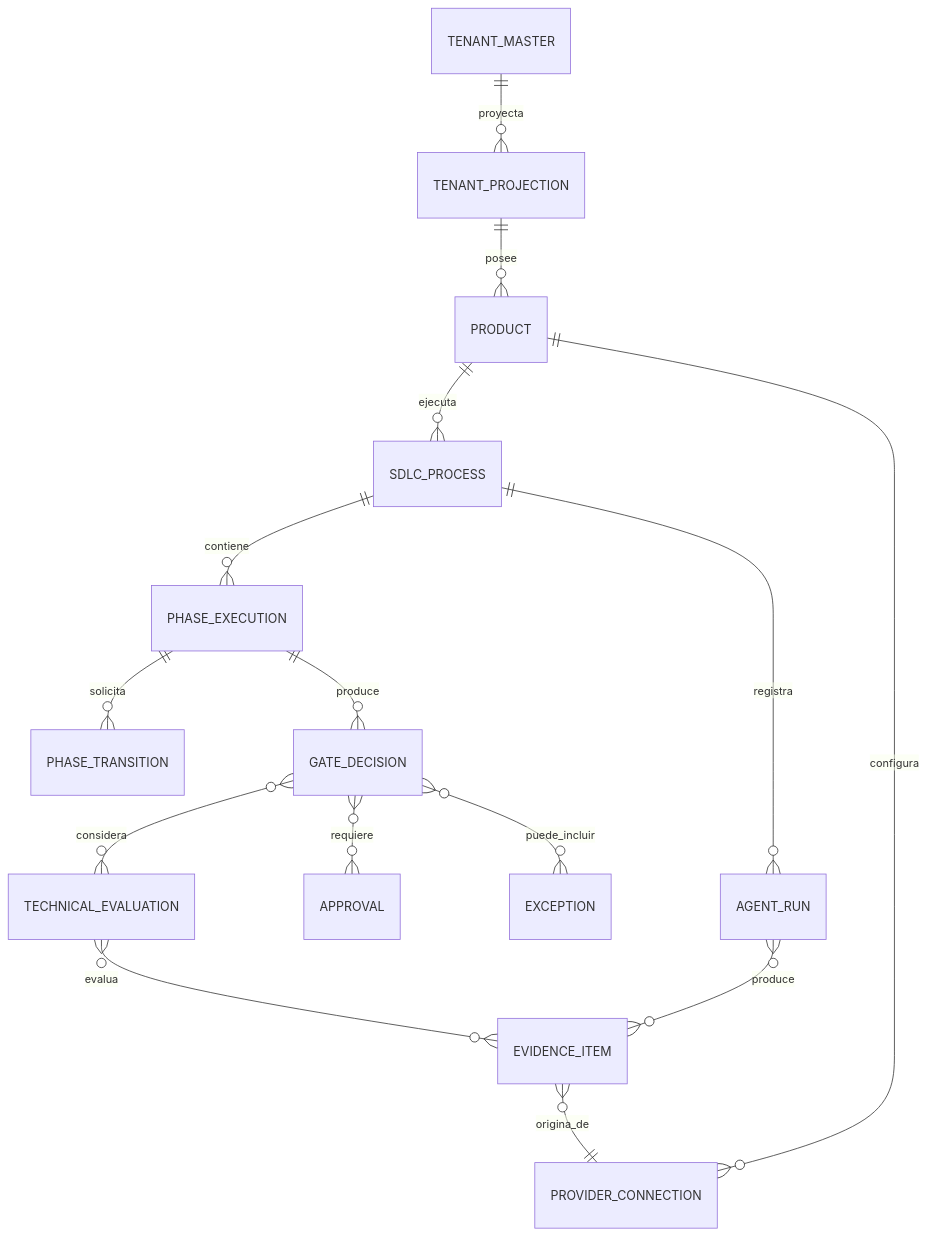
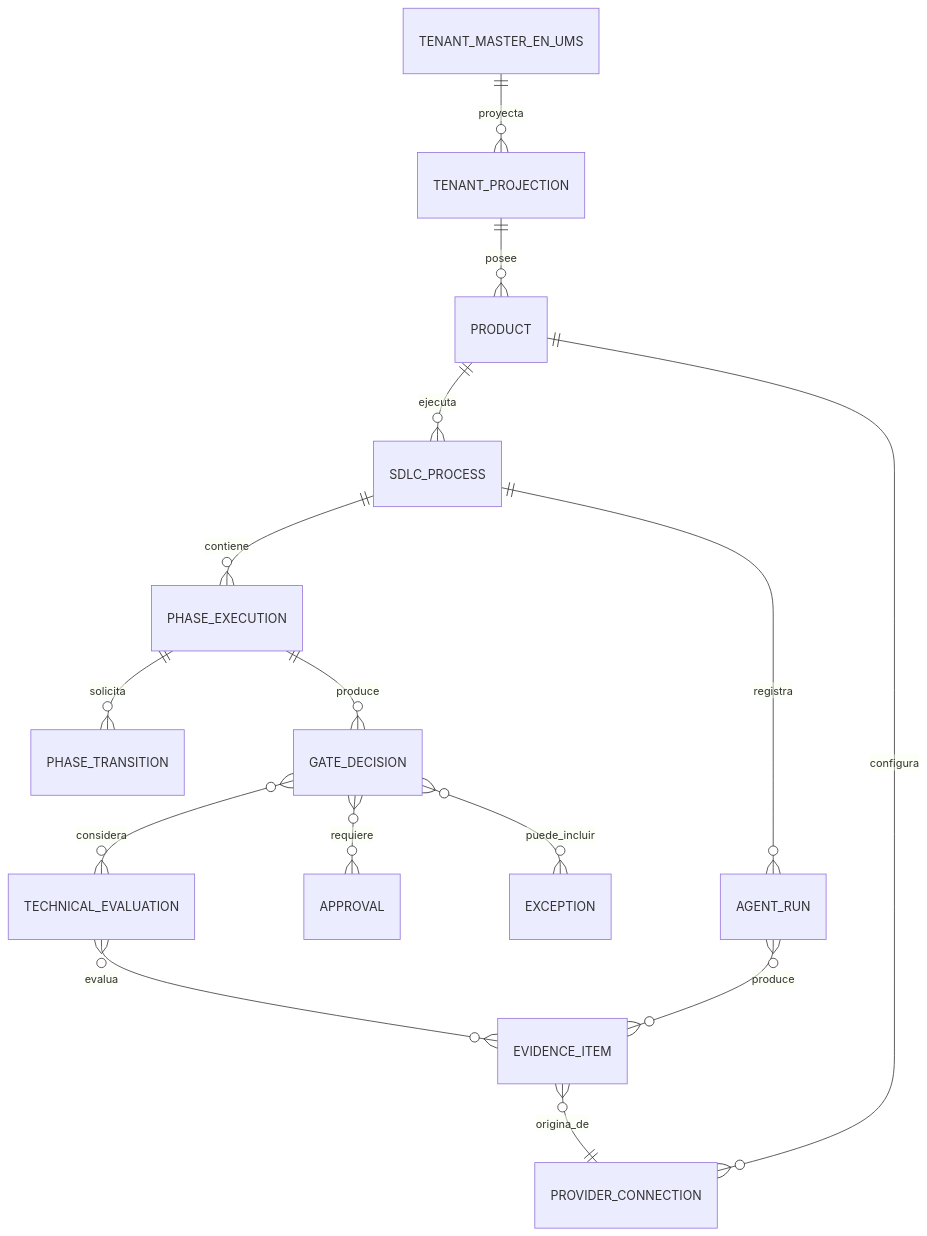
One commit to beyondnetcode/evolith_arch32 changed the fourth of 4 diagrams in product/products/evolith-tracker/sdlc-tracker-technical-interfaces.es.md. Above: the diagram before and after it, drawn with Mermaid. The commit also changed other lines of this file and 3 other files, not shown here.

First line of the commit message:
docs(suite): the two design documents that still drew MMS as the tenant master

````diff
--- a/product/products/evolith-tracker/sdlc-tracker-technical-interfaces.es.md
+++ b/product/products/evolith-tracker/sdlc-tracker-technical-interfaces.es.md
@@ -499,17 +496,17 @@
 ```mermaid
 erDiagram
-    TENANT_MASTER ||--o{ TENANT_PROJECTION : proyecta
+    TENANT_MASTER_EN_UMS ||--o{ TENANT_PROJECTION : proyecta
     TENANT_PROJECTION ||--o{ PRODUCT : posee
     PRODUCT ||--o{ SDLC_PROCESS : ejecuta
     SDLC_PROCESS ||--o{ PHASE_EXECUTION : contiene
     PHASE_EXECUTION ||--o{ PHASE_TRANSITION : solicita
     PHASE_EXECUTION ||--o{ GATE_DECISION : produce
     GATE_DECISION }o--o{ TECHNICAL_EVALUATION : considera
     GATE_DECISION }o--o{ APPROVAL : requiere
     GATE_DECISION }o--o{ EXCEPTION : puede_incluir
     TECHNICAL_EVALUATION }o--o{ EVIDENCE_ITEM : evalua
     EVIDENCE_ITEM }o--|| PROVIDER_CONNECTION : origina_de
     PRODUCT ||--o{ PROVIDER_CONNECTION : configura
     SDLC_PROCESS ||--o{ AGENT_RUN : registra
     AGENT_RUN }o--o{ EVIDENCE_ITEM : produce
 ```
````
